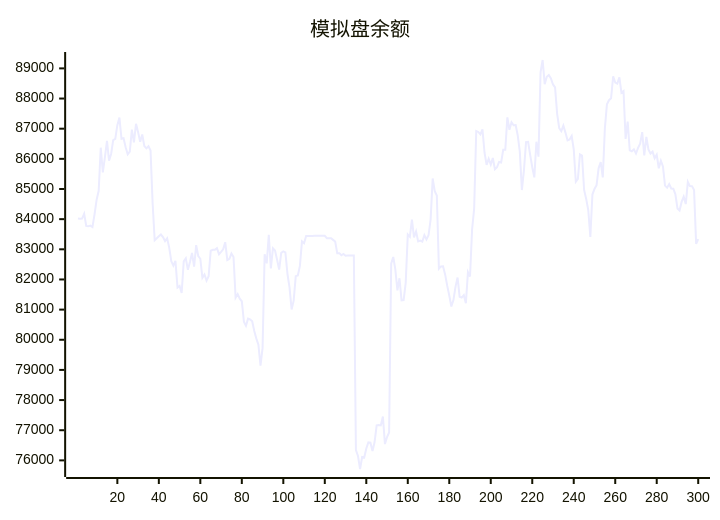
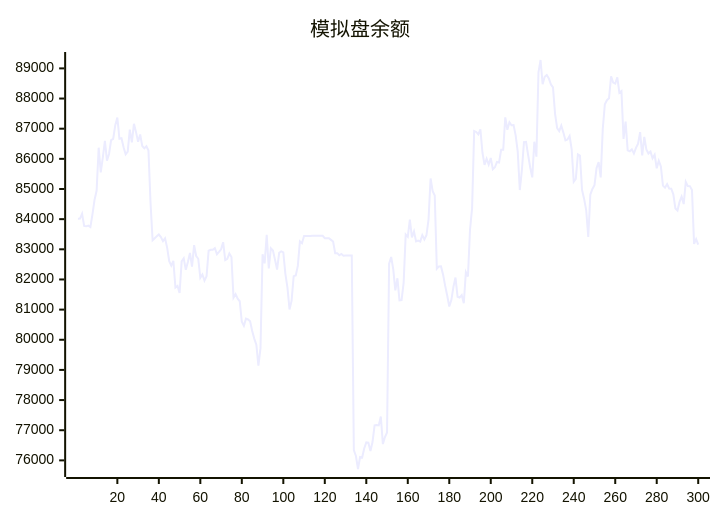
Before and after one commit to aahl/ai-trading: the diagram in README.md, drawn with Mermaid. The commit also changed other lines of this file and 1 other file, not shown here.

````diff
--- a/README.md
+++ b/README.md
@@ -5,5 +5,5 @@
 ```mermaid
 xychart
     title "模拟盘余额"
-    line [84025,84017,84019,84177,83775,83762,83785,83738,84160,84639,84939,86370,85548,86046,86599,85942,86161,86622,86664,87115,87369,86666,86685,86384,86152,86243,86969,86548,87164,86885,86566,86809,86427,86348,86417,86273,84538,83299,83369,83430,83490,83404,83270,83362,83056,82605,82459,82614,81734,81788,81551,82598,82702,82320,82580,82878,82426,83139,82778,82686,82056,82166,81963,82110,82951,82983,82984,83038,82838,82915,82998,83235,82642,82682,82858,82746,81396,81512,81362,81277,80600,80461,80699,80673,80616,80288,80038,79836,79142,79722,82837,82533,83480,82366,83032,82960,82654,82330,82883,82934,82901,82188,81728,81005,81298,82110,82135,82449,83264,83203,83440,83439,83440,83440,83446,83447,83448,83447,83448,83449,83369,83369,83369,83313,83256,82872,82873,82801,82844,82785,82791,82791,82793,82794,76339,76145,75714,76110,76096,76397,76594,76585,76310,76607,77160,77170,77160,77456,76541,76774,76927,82520,82744,82337,81639,82040,81307,81314,81887,83490,83414,83984,83396,83594,83261,83287,83253,83470,83327,83465,83987,85348,84930,84786,82355,82433,82438,82167,81795,81466,81105,81315,81756,82064,81426,81398,81481,81210,82242,82099,83658,84359,86925,86892,86814,86980,86203,85802,86003,85811,86028,85657,85721,85896,85880,86300,86299,87378,86965,87214,87115,87118,86780,86238,84966,85623,86555,86562,86129,85722,85387,86569,86070,88870,89278,88477,88720,88781,88668,88467,88372,87493,87018,86917,87102,86870,86613,86644,86758,86317,85242,85334,86149,86106,84968,84671,84302,83410,84816,85001,85127,85693,85891,85384,87001,87811,87945,88007,88734,88528,88495,88705,88189,88248,86662,87234,86279,86251,86314,86177,86364,86503,86886,86114,86731,86310,86176,86240,86017,86136,85685,85938,85749,85111,85044,85164,85016,85008,84824,84354,84287,84572,84745,84500,85234,85096,85095,84970,83180,83338]
+    line [84017,84019,84177,83775,83762,83785,83738,84160,84639,84939,86370,85548,86046,86599,85942,86161,86622,86664,87115,87369,86666,86685,86384,86152,86243,86969,86548,87164,86885,86566,86809,86427,86348,86417,86273,84538,83299,83369,83430,83490,83404,83270,83362,83056,82605,82459,82614,81734,81788,81551,82598,82702,82320,82580,82878,82426,83139,82778,82686,82056,82166,81963,82110,82951,82983,82984,83038,82838,82915,82998,83235,82642,82682,82858,82746,81396,81512,81362,81277,80600,80461,80699,80673,80616,80288,80038,79836,79142,79722,82837,82533,83480,82366,83032,82960,82654,82330,82883,82934,82901,82188,81728,81005,81298,82110,82135,82449,83264,83203,83440,83439,83440,83440,83446,83447,83448,83447,83448,83449,83369,83369,83369,83313,83256,82872,82873,82801,82844,82785,82791,82791,82793,82794,76339,76145,75714,76110,76096,76397,76594,76585,76310,76607,77160,77170,77160,77456,76541,76774,76927,82520,82744,82337,81639,82040,81307,81314,81887,83490,83414,83984,83396,83594,83261,83287,83253,83470,83327,83465,83987,85348,84930,84786,82355,82433,82438,82167,81795,81466,81105,81315,81756,82064,81426,81398,81481,81210,82242,82099,83658,84359,86925,86892,86814,86980,86203,85802,86003,85811,86028,85657,85721,85896,85880,86300,86299,87378,86965,87214,87115,87118,86780,86238,84966,85623,86555,86562,86129,85722,85387,86569,86070,88870,89278,88477,88720,88781,88668,88467,88372,87493,87018,86917,87102,86870,86613,86644,86758,86317,85242,85334,86149,86106,84968,84671,84302,83410,84816,85001,85127,85693,85891,85384,87001,87811,87945,88007,88734,88528,88495,88705,88189,88248,86662,87234,86279,86251,86314,86177,86364,86503,86886,86114,86731,86310,86176,86240,86017,86136,85685,85938,85749,85111,85044,85164,85016,85008,84824,84354,84287,84572,84745,84500,85234,85096,85095,84970,83180,83338,83157]
 ```
````
